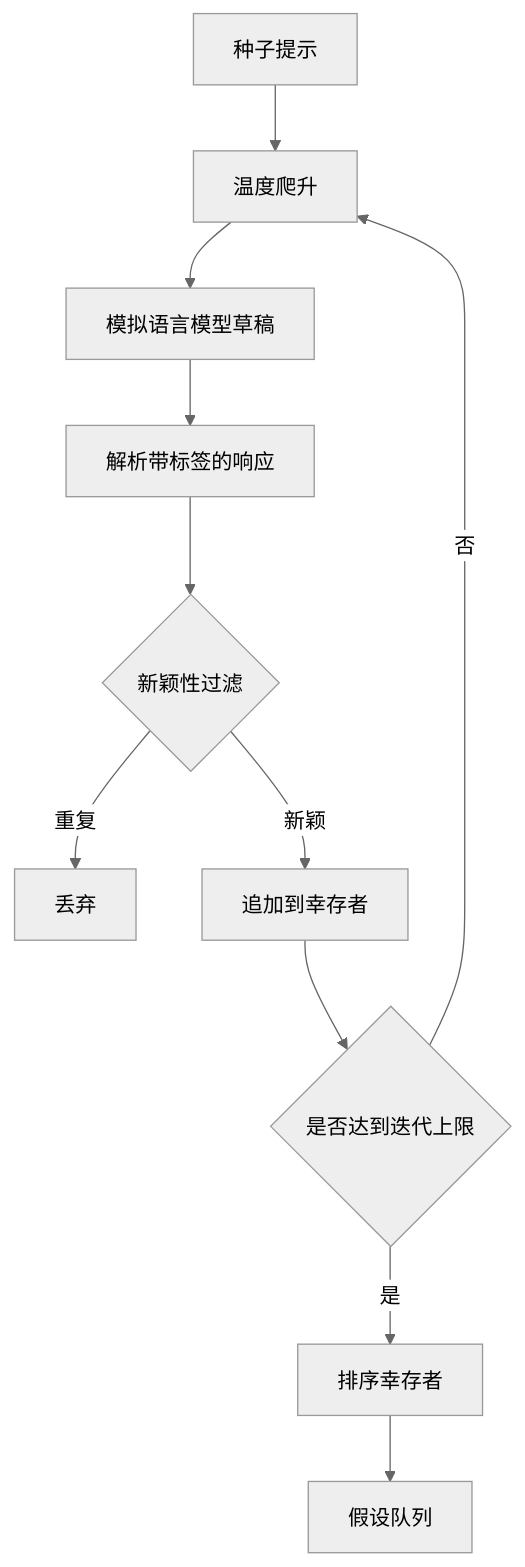
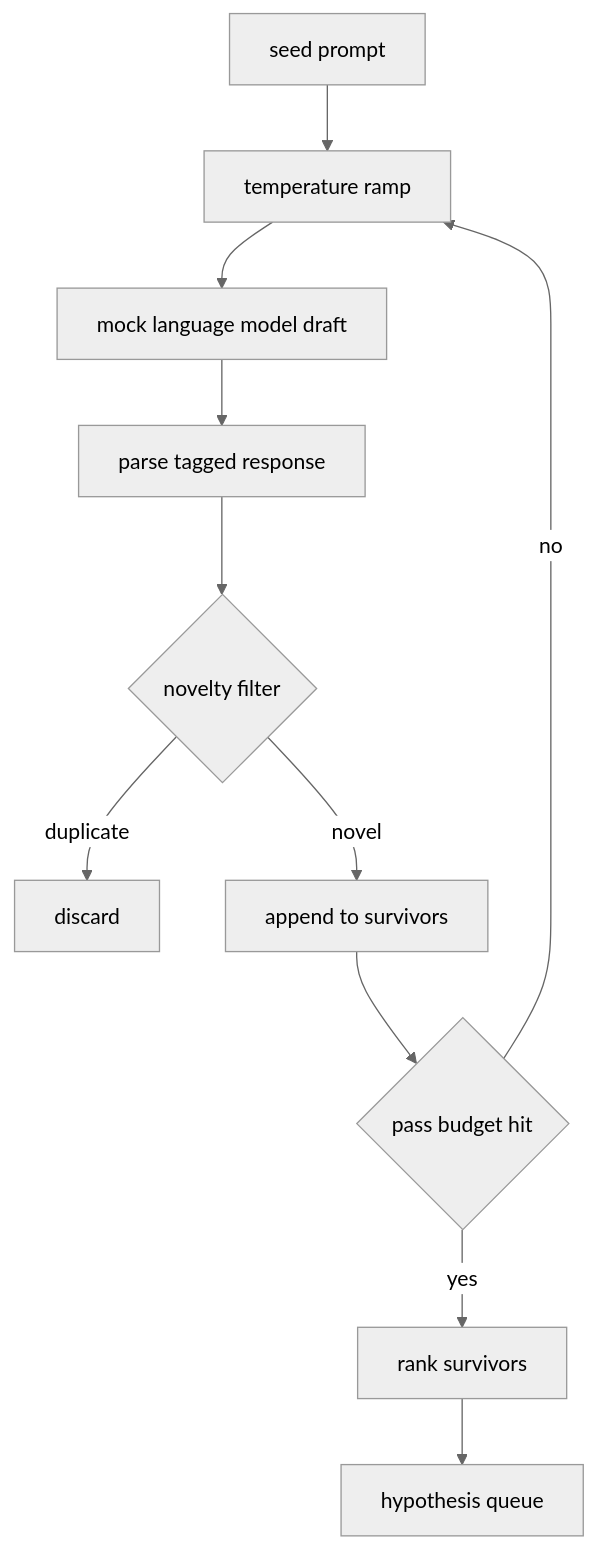
Before and after one commit to xiaojiaenen/ai-engineering-from-scratch-zh: the diagram in i18n/zh/phases/19-capstone-projects/50-hypothesis-generator/docs/zh.md, drawn with Mermaid (neutral theme). The commit also changed other lines of this file and 85 other files, not shown here.

````diff
--- a/i18n/zh/phases/19-capstone-projects/50-hypothesis-generator/docs/zh.md
+++ b/i18n/zh/phases/19-capstone-projects/50-hypothesis-generator/docs/zh.md
@@ -50,13 +50,13 @@
 ```mermaid
 flowchart TD
-    A[种子提示] --> B[温度爬升]
-    B --> C[模拟语言模型草稿]
-    C --> D[解析带标签的响应]
-    D --> E{新颖性过滤}
-    E -- 重复 --> F[丢弃]
-    E -- 新颖 --> G[追加到幸存者]
-    G --> H{是否达到迭代上限}
-    H -- 否 --> B
-    H -- 是 --> I[排序幸存者]
-    I --> J[假设队列]
+    A[seed prompt] --> B[temperature ramp]
+    B --> C[mock language model draft]
+    C --> D[parse tagged response]
+    D --> E{novelty filter}
+    E -- duplicate --> F[discard]
+    E -- novel --> G[append to survivors]
+    G --> H{pass budget hit}
+    H -- no --> B
+    H -- yes --> I[rank survivors]
+    I --> J[hypothesis queue]
 ```
````
